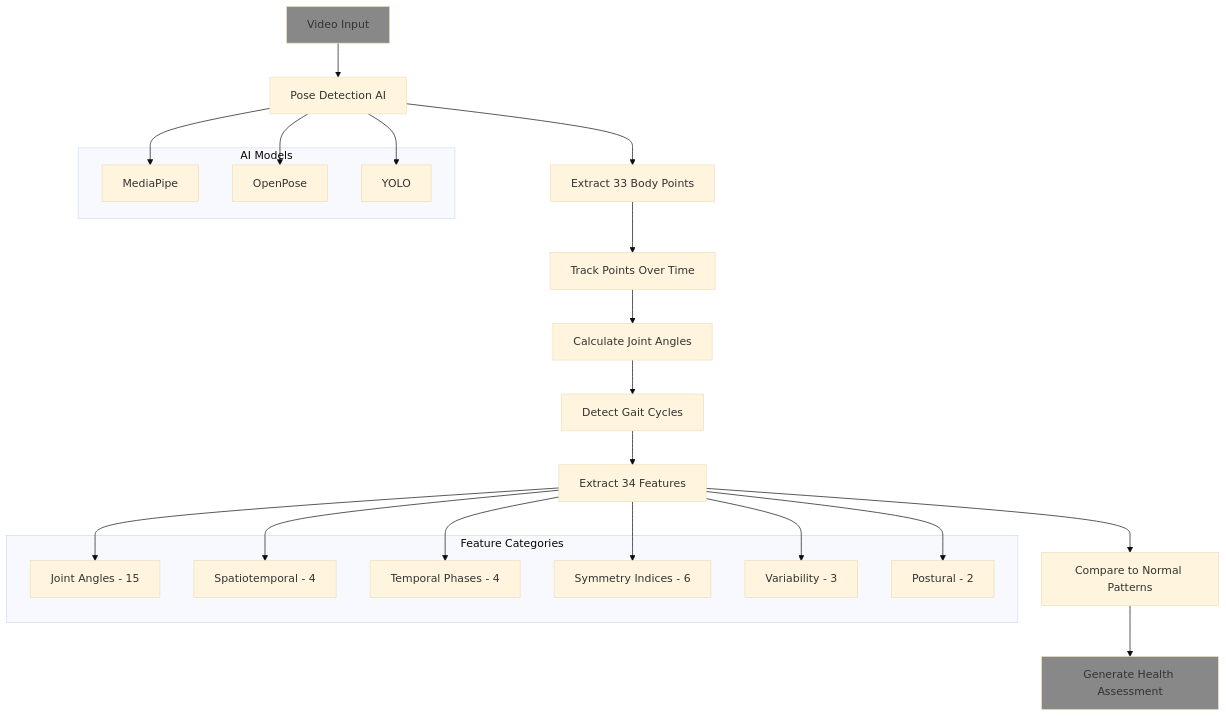
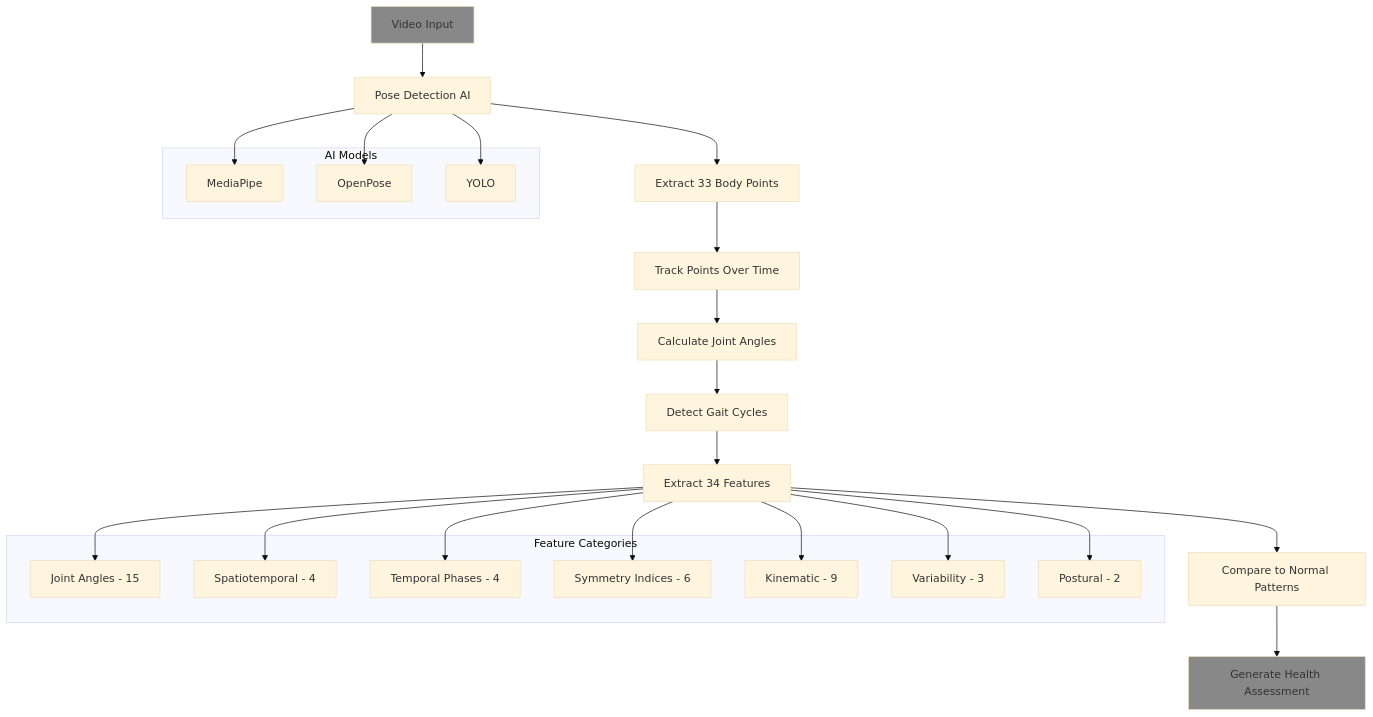
One commit to brilliantbeaver/alexpose changed diagram 12 of 14 in docs/guides/gait-analysis-tutorial.md. Above: the diagram before and after it, drawn with Mermaid (base theme). The commit also changed other lines of this file and 5 other files, not shown here.

````diff
--- a/docs/guides/gait-analysis-tutorial.md
+++ b/docs/guides/gait-analysis-tutorial.md
@@ -680,40 +829,42 @@
 ```mermaid
 flowchart TD
     A[Video Input] --> B[Pose Detection AI]
     B --> C[Extract 33 Body Points]
     C --> D[Track Points Over Time]
     D --> E[Calculate Joint Angles]
     E --> F[Detect Gait Cycles]
     F --> G[Extract 34 Features]
     G --> H[Compare to Normal Patterns]
     H --> I[Generate Health Assessment]
     
     subgraph "AI Models"
         B1[MediaPipe]
         B2[OpenPose]
         B3[YOLO]
     end
     
     subgraph "Feature Categories"
         G1[Joint Angles - 15]
         G2[Spatiotemporal - 4]
         G3[Temporal Phases - 4]
         G4[Symmetry Indices - 6]
-        G5[Variability - 3]
-        G6[Postural - 2]
+        G5[Kinematic - 9]
+        G6[Variability - 3]
+        G7[Postural - 2]
     end
     
     B --> B1
     B --> B2
     B --> B3
     
     G --> G1
     G --> G2
     G --> G3
     G --> G4
     G --> G5
     G --> G6
+    G --> G7
     
     style A fill:#888888
     style I fill:#888888
 ```
````
